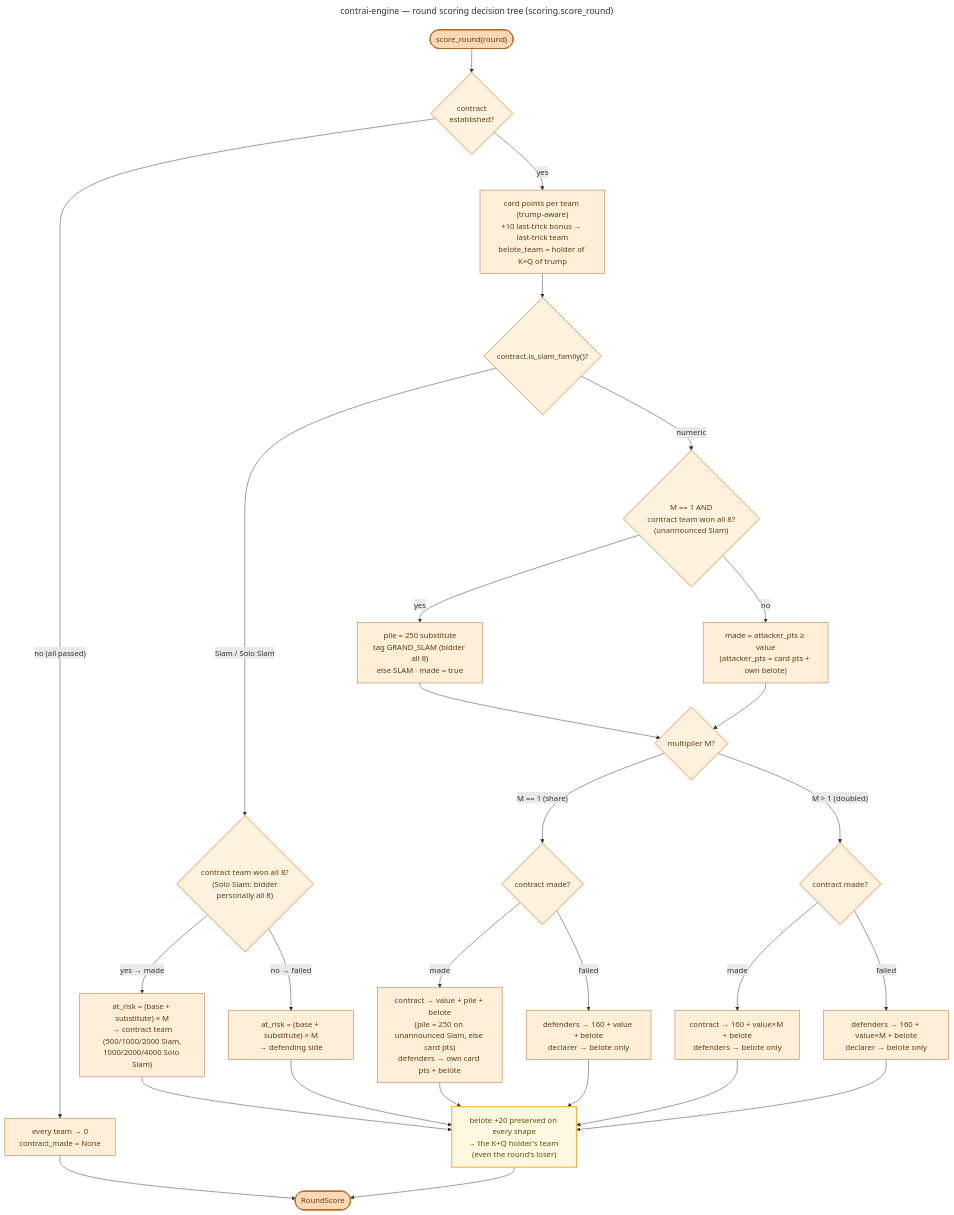
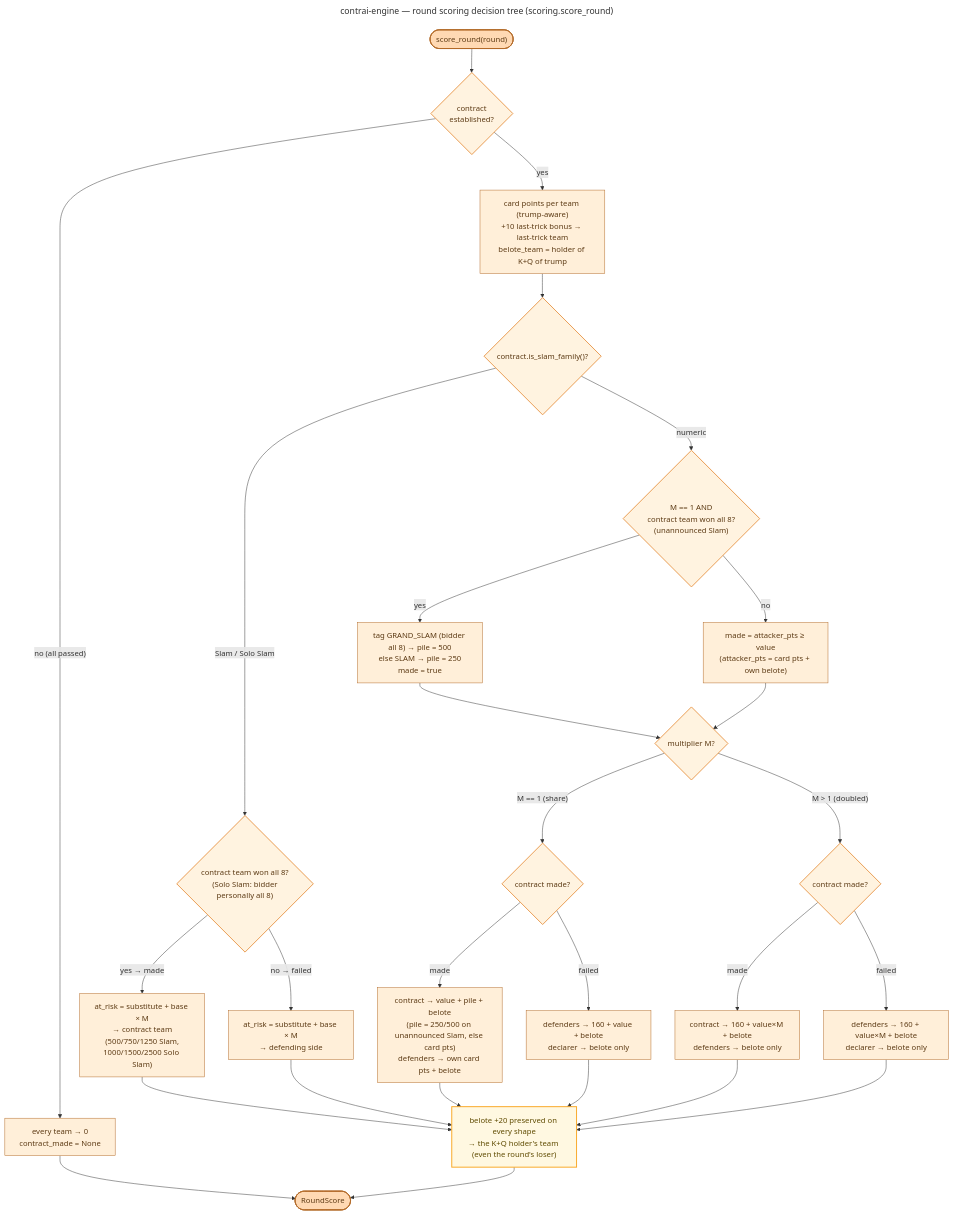
Before and after one commit to valmathieu/ContrAI: the diagram in docs/diagrams/flow_scoring.mmd, drawn with Mermaid. The commit also changed 12 other files, not shown here.

```diff
--- a/docs/diagrams/flow_scoring.mmd
+++ b/docs/diagrams/flow_scoring.mmd
@@ -1,55 +1,55 @@
 ---
 title: contrai-engine — round scoring decision tree (scoring.score_round)
 ---
 flowchart TD
     Start(["score_round(round)"]) --> HasContract{"contract<br/>established?"}
 
     HasContract -- "no (all passed)" --> Zero["every team → 0<br/>contract_made = None"]
     Zero --> End(["RoundScore"])
 
     HasContract -- "yes" --> Points["card points per team (trump-aware)<br/>+10 last-trick bonus → last-trick team<br/>belote_team = holder of K+Q of trump"]
     Points --> Family{"contract.is_slam_family()?"}
 
     %% ---------- Slam / Solo Slam path ----------
     Family -- "Slam / Solo Slam" --> SlamMade{"contract team won all 8?<br/>(Solo Slam: bidder<br/>personally all 8)"}
-    SlamMade -- "yes → made" --> SlamWin["at_risk = (base + substitute) × M<br/>→ contract team<br/>(500/1000/2000 Slam,<br/>1000/2000/4000 Solo Slam)"]
-    SlamMade -- "no → failed" --> SlamLose["at_risk = (base + substitute) × M<br/>→ defending side"]
+    SlamMade -- "yes → made" --> SlamWin["at_risk = substitute + base × M<br/>→ contract team<br/>(500/750/1250 Slam,<br/>1000/1500/2500 Solo Slam)"]
+    SlamMade -- "no → failed" --> SlamLose["at_risk = substitute + base × M<br/>→ defending side"]
     SlamWin --> Belote
     SlamLose --> Belote
 
     %% ---------- Numeric path (80–180) ----------
     Family -- "numeric" --> Sweep{"M == 1 AND<br/>contract team won all 8?<br/>(unannounced Slam)"}
-    Sweep -- "yes" --> SweepTag["pile = 250 substitute<br/>tag GRAND_SLAM (bidder all 8)<br/>else SLAM · made = true"]
+    Sweep -- "yes" --> SweepTag["tag GRAND_SLAM (bidder all 8) → pile = 500<br/>else SLAM → pile = 250<br/>made = true"]
     Sweep -- "no" --> NumMade
     SweepTag --> Mult
 
     NumMade["made = attacker_pts ≥ value<br/>(attacker_pts = card pts + own belote)"] --> Mult{"multiplier M?"}
 
     %% --- M == 1: share the pile ---
     Mult -- "M == 1 (share)" --> ShareMade{"contract made?"}
-    ShareMade -- "made" --> ShareWin["contract → value + pile + belote<br/>(pile = 250 on unannounced Slam, else card pts)<br/>defenders → own card pts + belote"]
+    ShareMade -- "made" --> ShareWin["contract → value + pile + belote<br/>(pile = 250/500 on unannounced Slam, else card pts)<br/>defenders → own card pts + belote"]
     ShareMade -- "failed" --> ShareLose["defenders → 160 + value + belote<br/>declarer → belote only"]
     ShareWin --> Belote
     ShareLose --> Belote
 
     %% --- M > 1: winner takes all ---
     Mult -- "M > 1 (doubled)" --> DblMade{"contract made?"}
     DblMade -- "made" --> DblWin["contract → 160 + value×M + belote<br/>defenders → belote only"]
     DblMade -- "failed" --> DblLose["defenders → 160 + value×M + belote<br/>declarer → belote only"]
     DblWin --> Belote
     DblLose --> Belote
 
     %% ---------- Shared belote footer ----------
     Belote["belote +20 preserved on every shape<br/>→ the K+Q holder's team (even the round's loser)"]
     Belote --> End
 
     %% ---------- Engine-orange palette ----------
     classDef entry fill:#FFD9B3,stroke:#B26A28,stroke-width:2px,color:#5C3A14;
     classDef step fill:#FFEFD9,stroke:#B26A28,stroke-width:1px,color:#5C3A14;
     classDef decision fill:#FFF3E0,stroke:#E89A4F,stroke-width:2px,color:#5C3A14;
     classDef belote fill:#FFF8E1,stroke:#F9A825,stroke-width:2px,color:#5F4B00;
 
     class Start,End entry;
     class HasContract,Family,SlamMade,Sweep,Mult,ShareMade,DblMade decision;
     class Zero,Points,SlamWin,SlamLose,SweepTag,NumMade,ShareWin,ShareLose,DblWin,DblLose step;
     class Belote belote;
```
